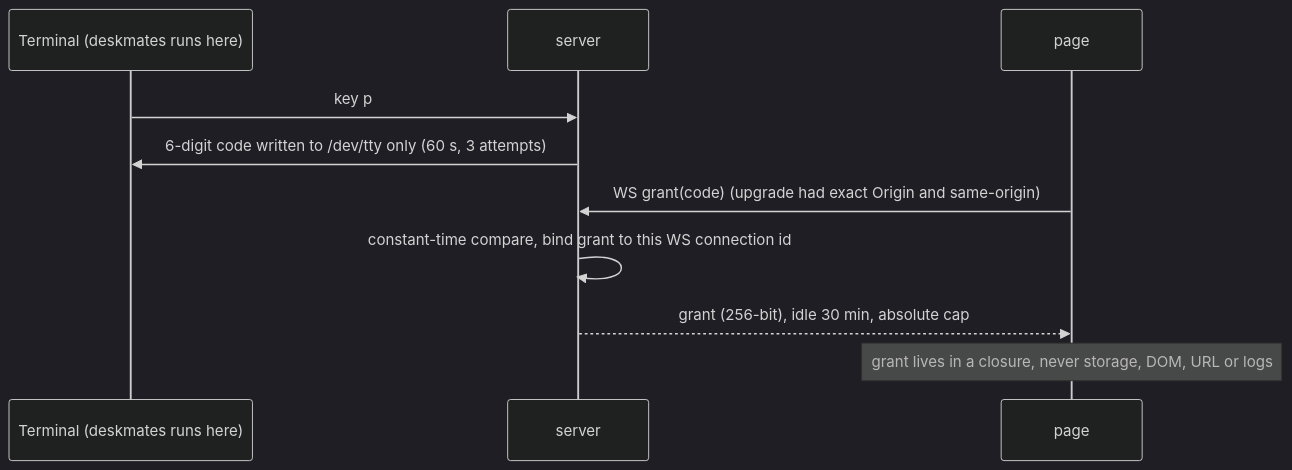
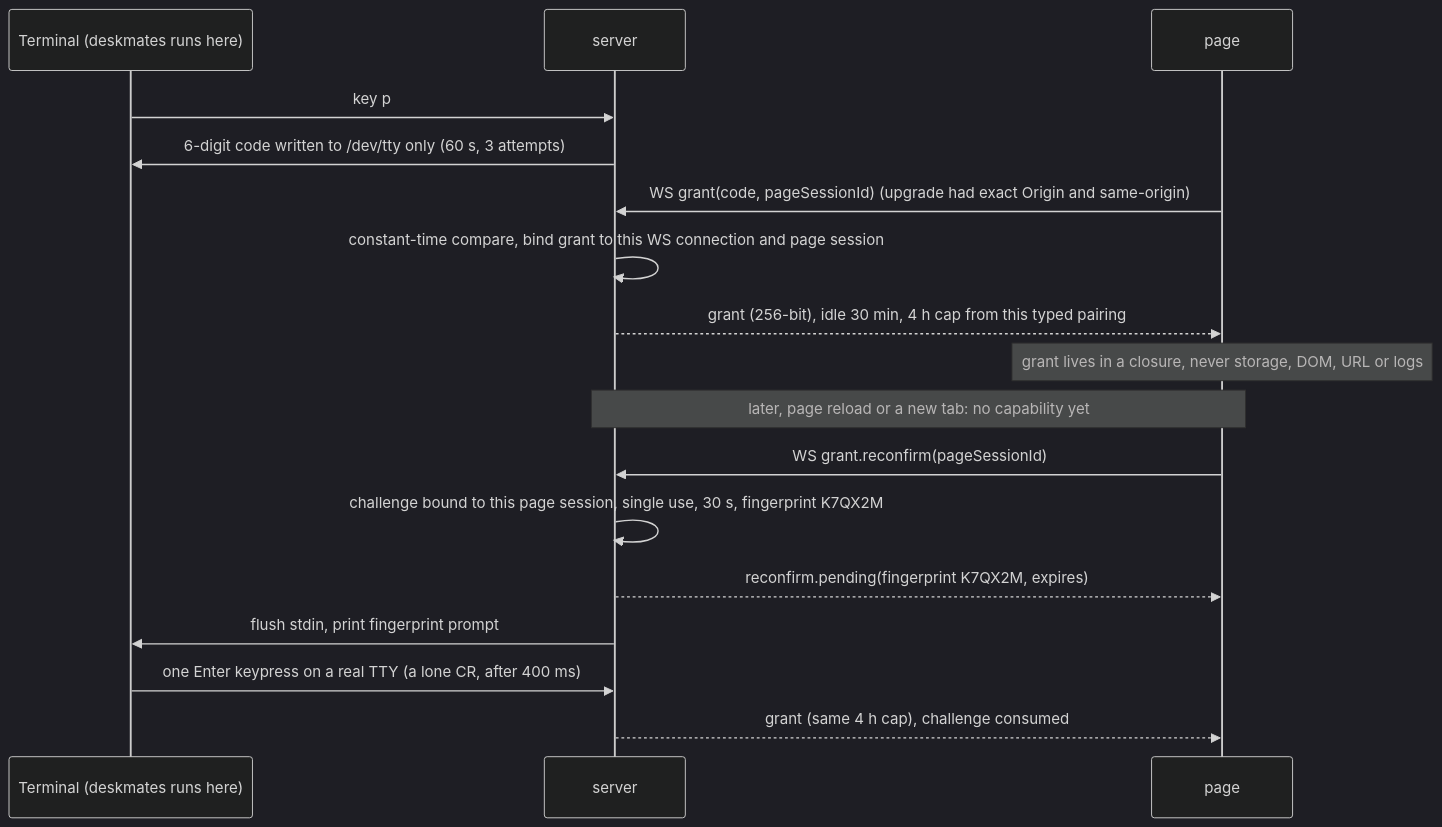
Before and after one commit to dasariprashant0/deskmates: the fifth of 5 diagrams in docs/v0.2/SPEC.md, drawn with Mermaid (dark theme). The commit also changed other lines of this file and 1 other file, not shown here.

````diff
--- a/docs/v0.2/SPEC.md
+++ b/docs/v0.2/SPEC.md
@@ -248,12 +252,19 @@
 ```mermaid
 sequenceDiagram
   participant T as Terminal (deskmates runs here)
   participant S as server
   participant P as page
   T->>S: key p
   S->>T: 6-digit code written to /dev/tty only (60 s, 3 attempts)
-  P->>S: WS grant(code)  (upgrade had exact Origin and same-origin)
-  S->>S: constant-time compare, bind grant to this WS connection id
-  S-->>P: grant (256-bit), idle 30 min, absolute cap
+  P->>S: WS grant(code, pageSessionId)  (upgrade had exact Origin and same-origin)
+  S->>S: constant-time compare, bind grant to this WS connection and page session
+  S-->>P: grant (256-bit), idle 30 min, 4 h cap from this typed pairing
   Note over P: grant lives in a closure, never storage, DOM, URL or logs
+  Note over P,S: later, page reload or a new tab: no capability yet
+  P->>S: WS grant.reconfirm(pageSessionId)
+  S->>S: challenge bound to this page session, single use, 30 s, fingerprint K7QX2M
+  S-->>P: reconfirm.pending(fingerprint K7QX2M, expires)
+  S->>T: flush stdin, print fingerprint prompt
+  T->>S: one Enter keypress on a real TTY (a lone CR, after 400 ms)
+  S-->>P: grant (same 4 h cap), challenge consumed
 ```
````
